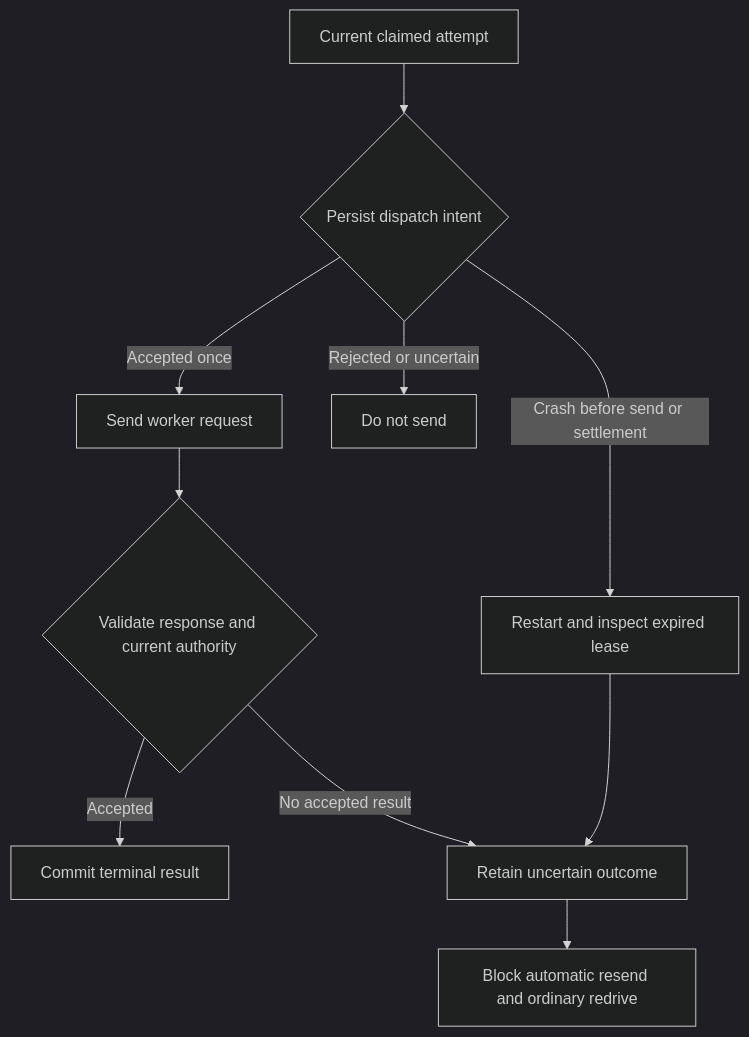
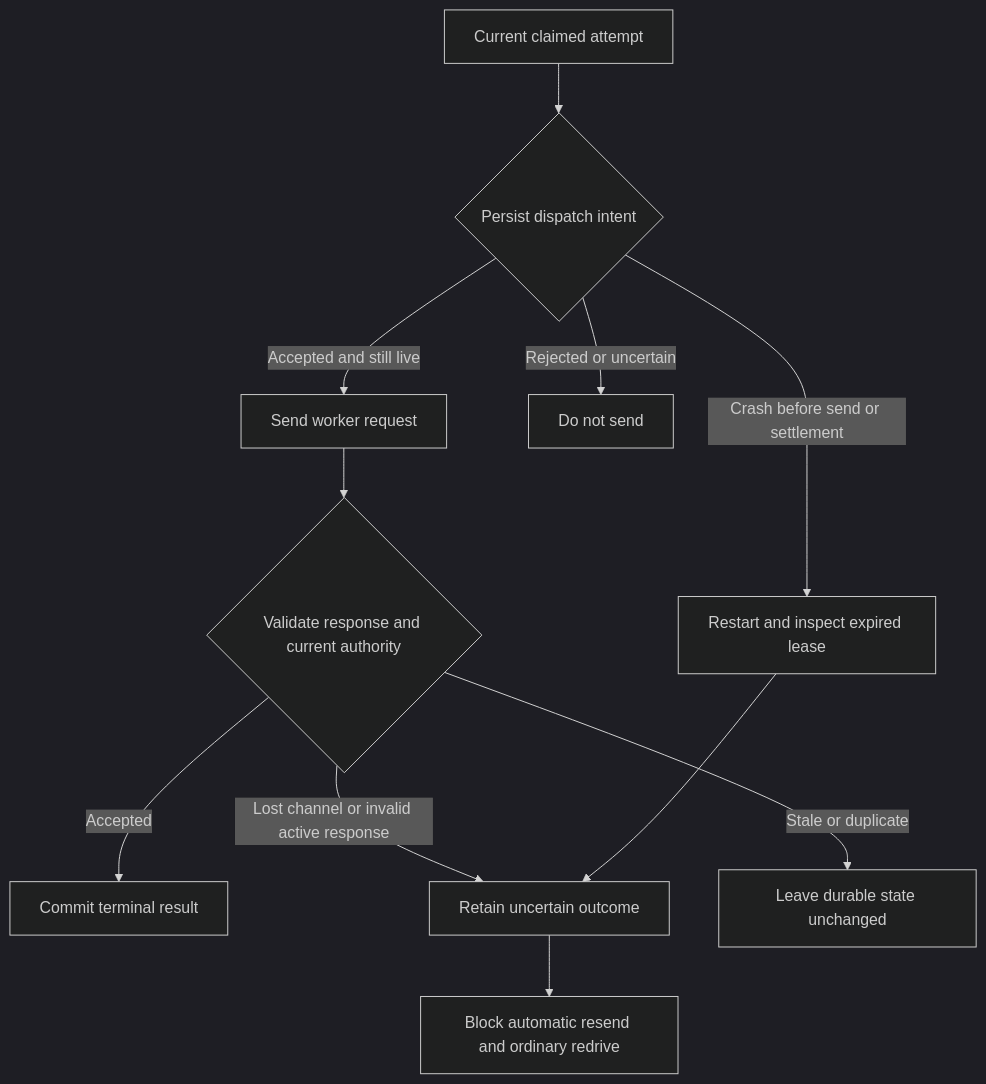
The second of 2 diagrams in docs/decisions/0089-native-worker-payload-and-contract-binding.md (The-Pipeline-Framework/pipelineframework), drawn with Mermaid (dark theme) before and after one commit.

Commit message:
docs: distinguish stale responses from uncertain outcomes

````diff
--- a/docs/decisions/0089-native-worker-payload-and-contract-binding.md
+++ b/docs/decisions/0089-native-worker-payload-and-contract-binding.md
@@ -169,12 +169,13 @@
 ```mermaid
 flowchart TD
     C[Current claimed attempt] --> I{Persist dispatch intent}
-    I -->|Accepted once| S[Send worker request]
+    I -->|Accepted and still live| S[Send worker request]
     I -->|Rejected or uncertain| N[Do not send]
     S --> V{Validate response and current authority}
     V -->|Accepted| T[Commit terminal result]
-    V -->|No accepted result| U[Retain uncertain outcome]
+    V -->|Lost channel or invalid active response| U[Retain uncertain outcome]
+    V -->|Stale or duplicate| D[Leave durable state unchanged]
     I -->|Crash before send or settlement| R[Restart and inspect expired lease]
     R --> U
     U --> B[Block automatic resend and ordinary redrive]
 ```
````
